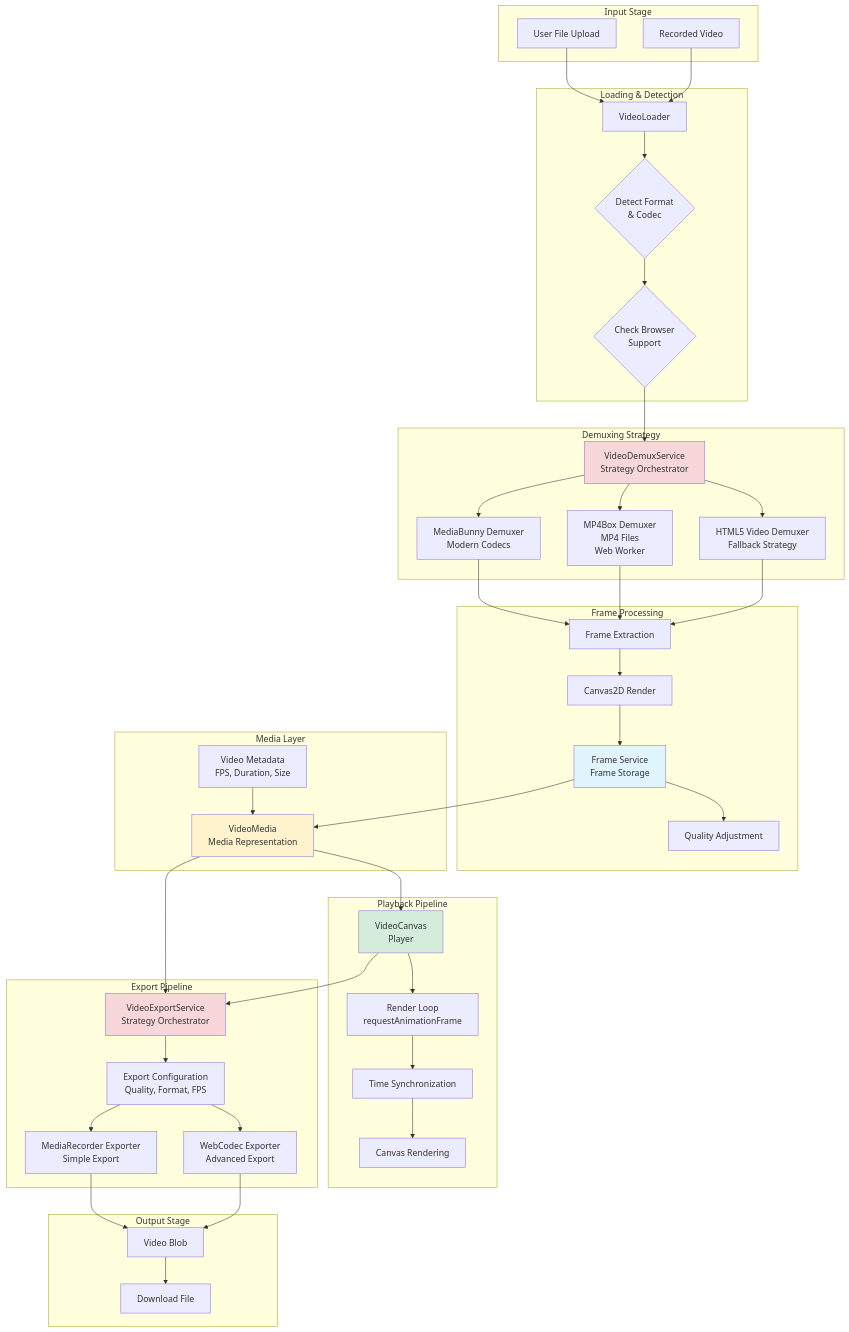
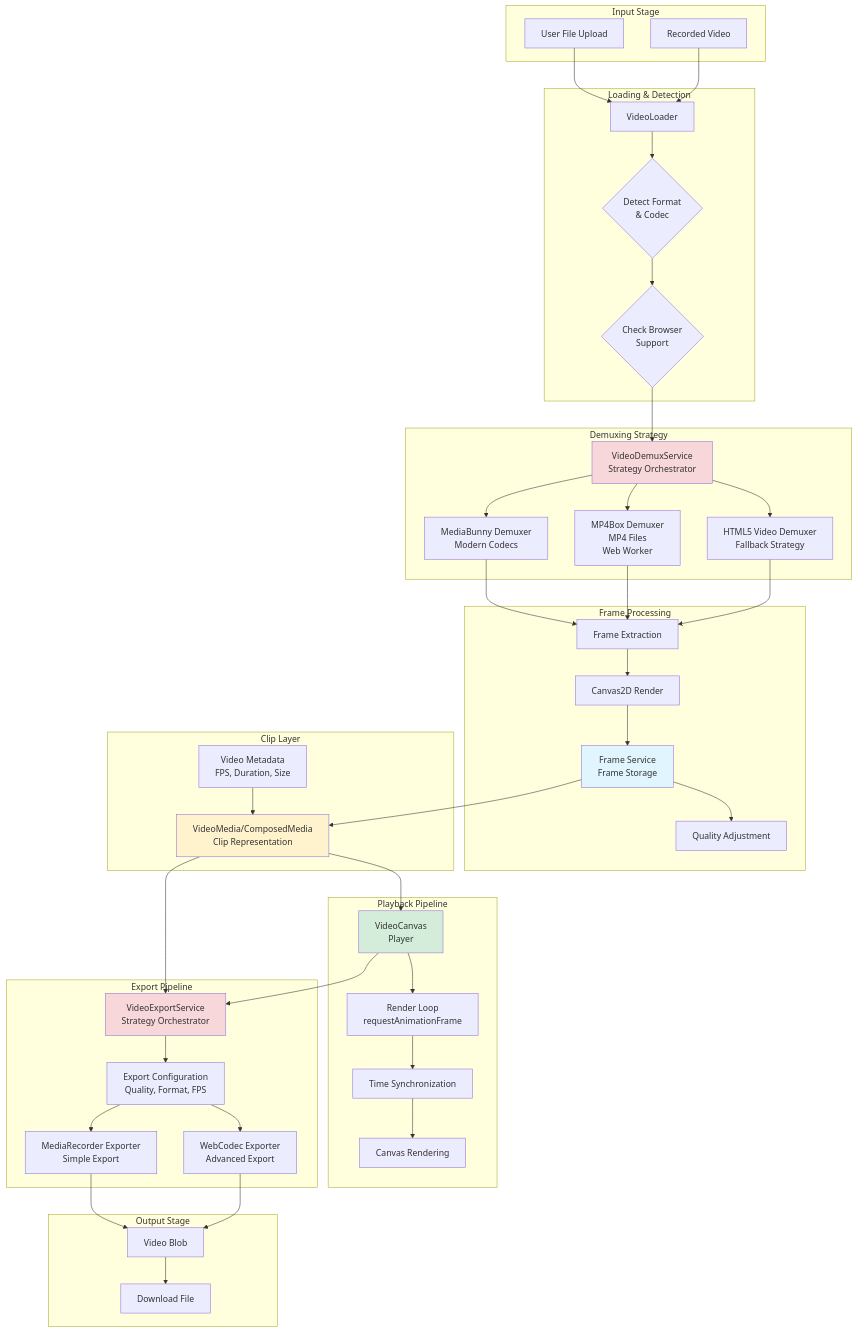
Before and after one commit to apssouza22/web-video-edit: the first of 9 diagrams in docs/architecture/04-video-pipeline.md, drawn with Mermaid. The commit also changed 12 other files, not shown here.

Commit message:
Update architecture

```diff
--- a/docs/architecture/04-video-pipeline.md
+++ b/docs/architecture/04-video-pipeline.md
@@ -34,8 +34,8 @@
         FrameQuality[Quality Adjustment]
     end
     
-    subgraph "Media Layer"
-        VideoMedia[VideoMedia<br/>Media Representation]
+    subgraph "Clip Layer"
+        VideoMedia[VideoMedia/ComposedMedia<br/>Clip Representation]
         Metadata[Video Metadata<br/>FPS, Duration, Size]
     end
     
```
